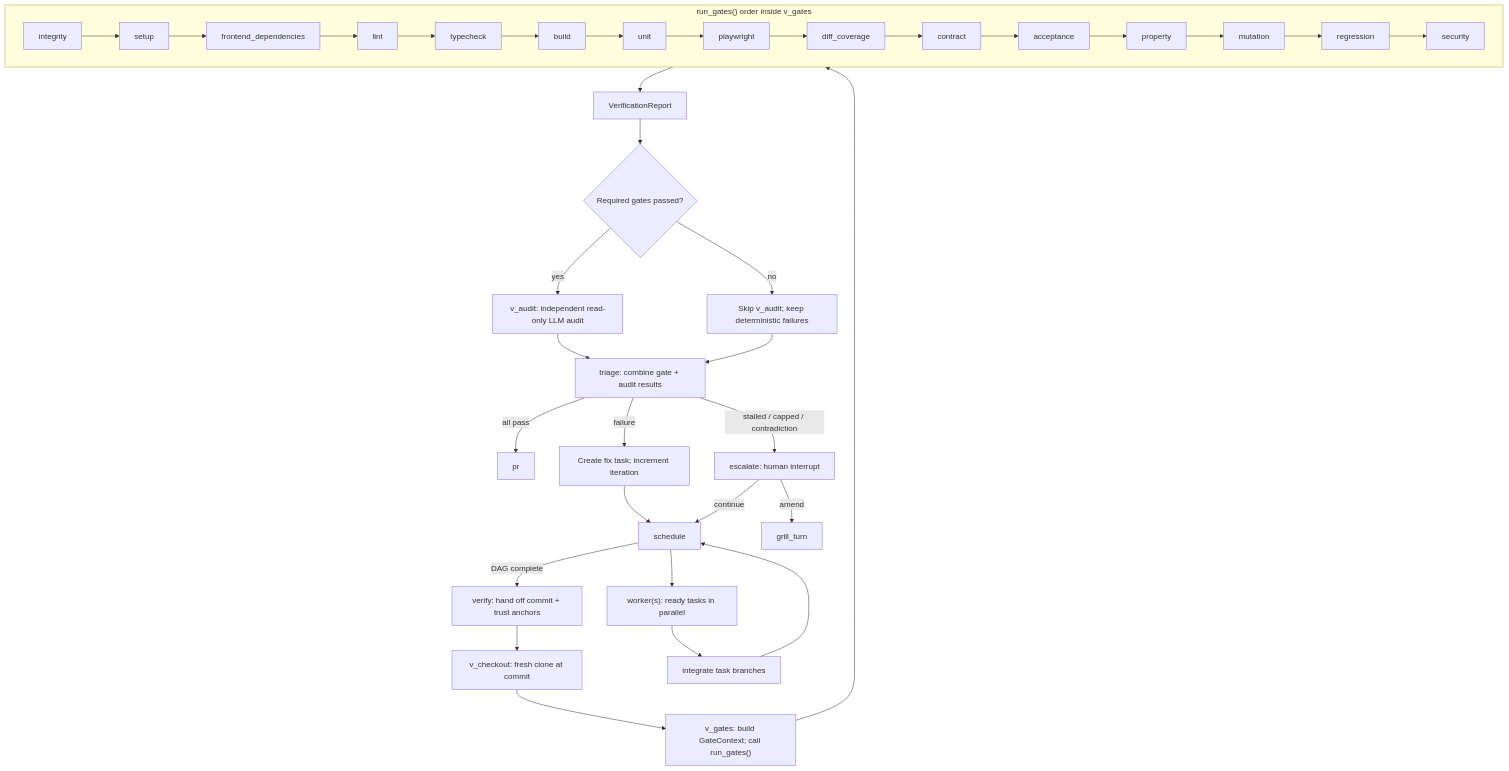
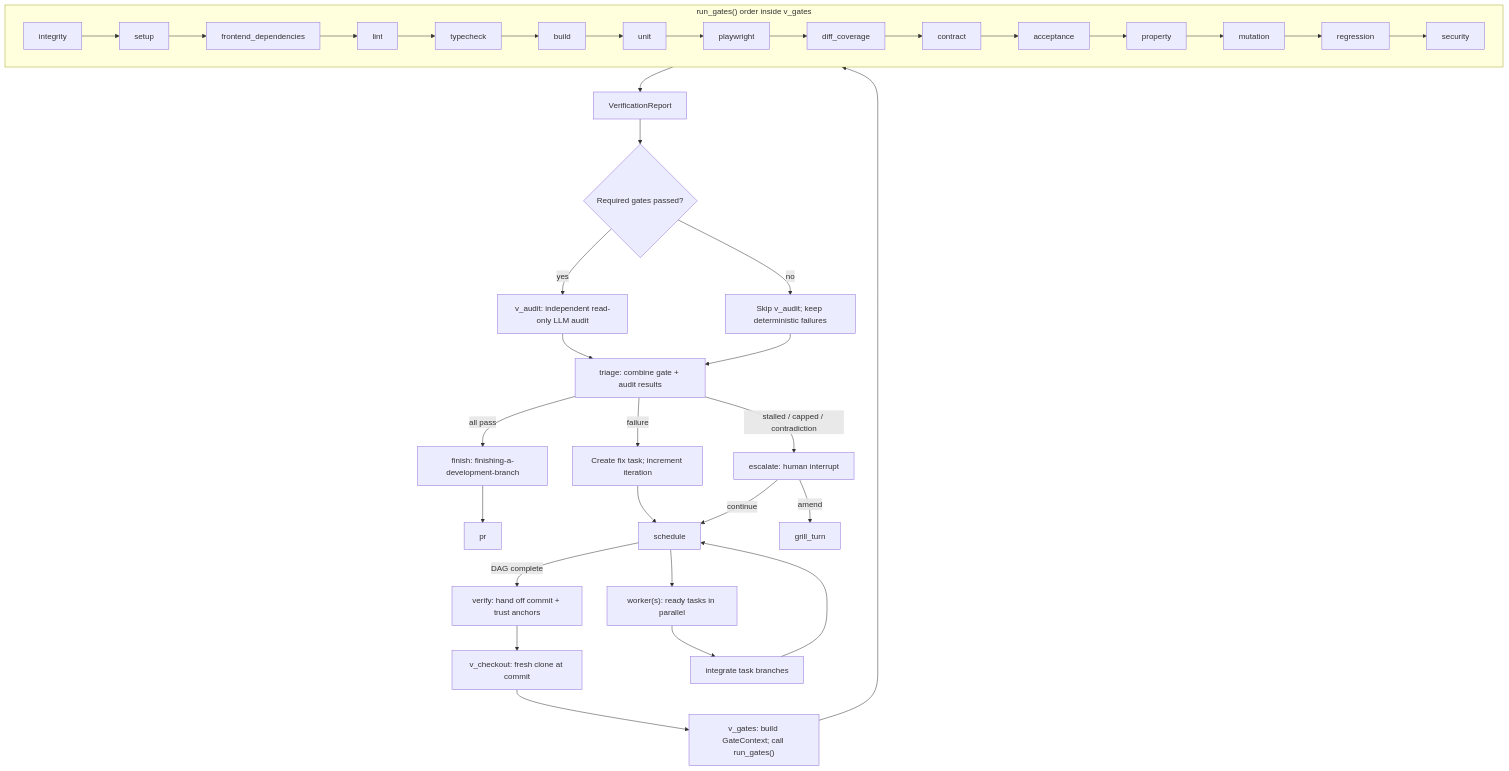
One commit to alanslivarvieira/tech-nl-devai-software-factory changed the second of 2 diagrams in langgraph-factory/docs/nodes.md. Above: the diagram before and after it, drawn with Mermaid. The commit also changed other lines of this file and 134 other files, not shown here.

````diff
--- a/langgraph-factory/docs/nodes.md
+++ b/langgraph-factory/docs/nodes.md
@@ -68,27 +76,27 @@
 ```mermaid
 flowchart TD
   verify["verify: hand off commit + trust anchors"] --> checkout["v_checkout: fresh clone at commit"]
   checkout --> gate_node["v_gates: build GateContext; call run_gates()"]
 
   subgraph ordered_gates["run_gates() order inside v_gates"]
     direction LR
     integrity --> setup --> frontend_dependencies --> lint --> typecheck --> build --> unit
     unit --> playwright --> diff_coverage --> contract --> acceptance --> property --> mutation --> regression --> security
   end
 
   gate_node --> integrity
   security --> report["VerificationReport"]
   report --> passed{"Required gates passed?"}
   passed -- yes --> audit["v_audit: independent read-only LLM audit"]
   passed -- no --> skip_audit["Skip v_audit; keep deterministic failures"]
   audit --> triage["triage: combine gate + audit results"]
   skip_audit --> triage
 
-  triage -- all pass --> pr["pr"]
+  triage -- all pass --> finish["finish: finishing-a-development-branch"] --> pr["pr"]
   triage -- failure --> fix["Create fix task; increment iteration"] --> schedule["schedule"]
   schedule --> workers["worker(s): ready tasks in parallel"] --> integrate["integrate task branches"] --> schedule
   schedule -- DAG complete --> verify
   triage -- stalled / capped / contradiction --> escalation["escalate: human interrupt"]
   escalation -- continue --> schedule
   escalation -- amend --> grill["grill_turn"]
 ```
````
